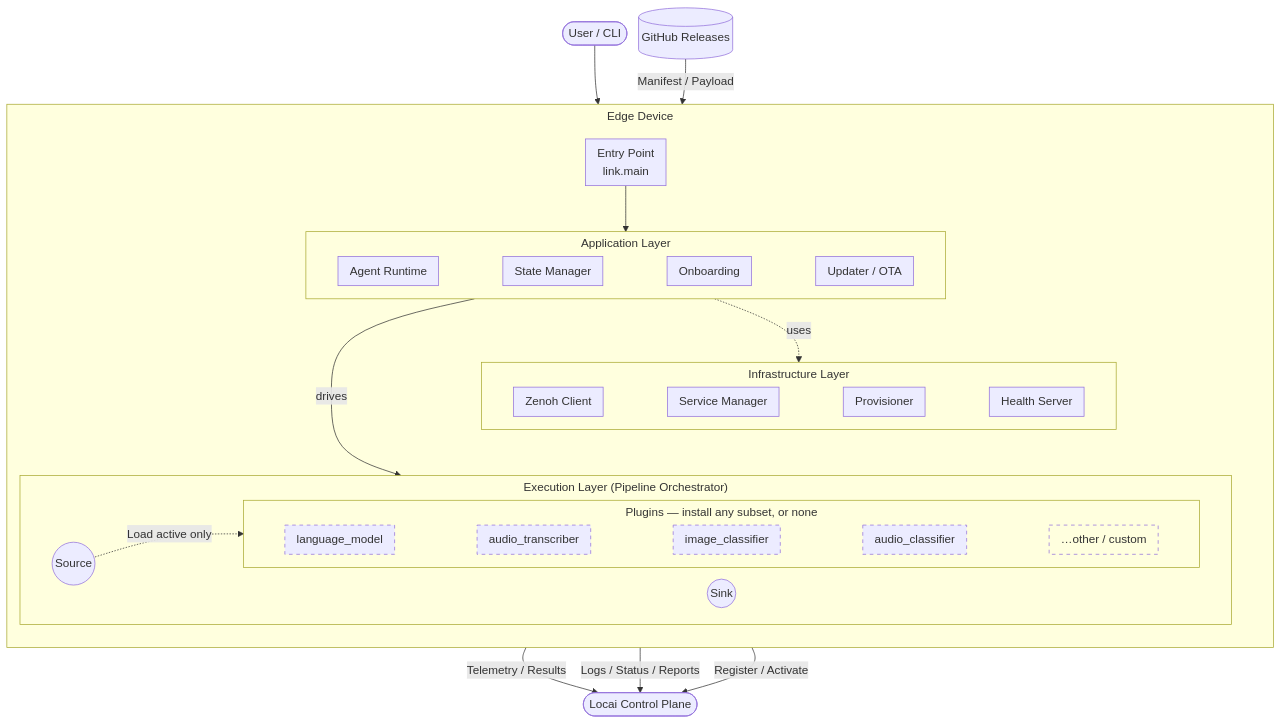
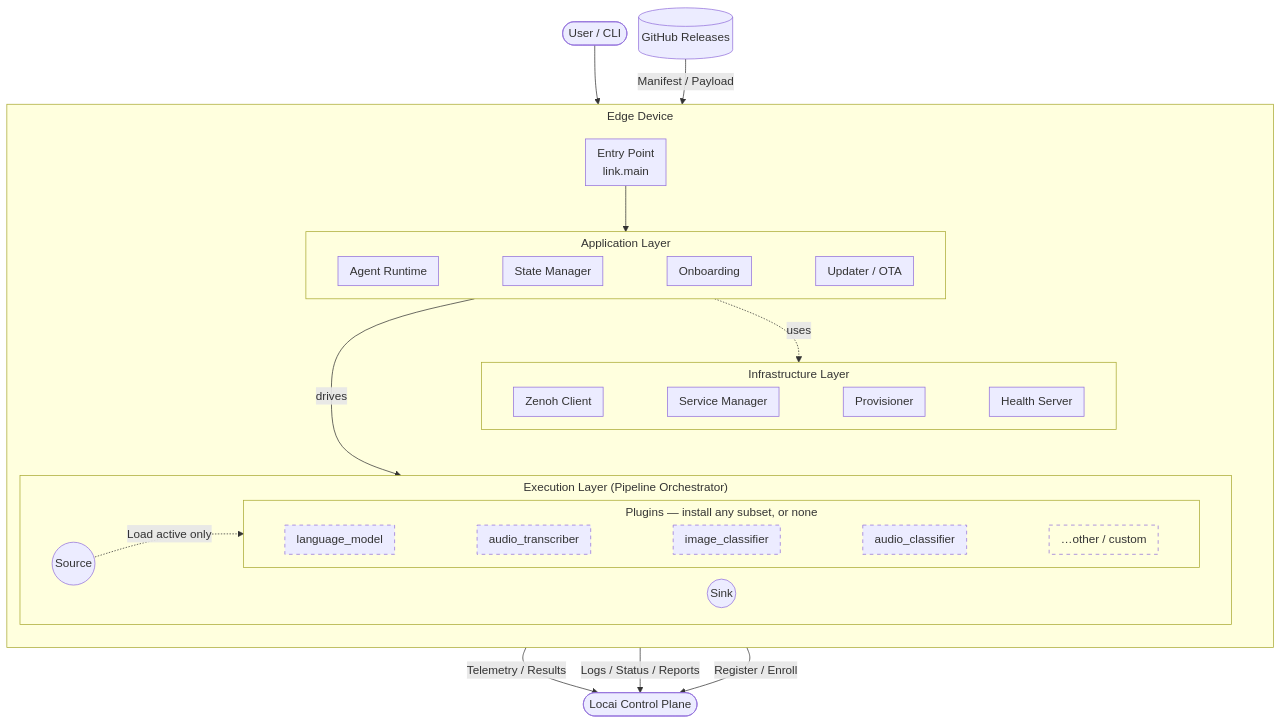
The diagram in README.md (locai-co-uk/locai-link), drawn with Mermaid before and after one commit. The commit also changed other lines of this file and 22 other files, not shown here.

````diff
--- a/README.md
+++ b/README.md
@@ -151,63 +148,63 @@
 ```mermaid
 %%{init: {"flowchart": {"rankSpacing": 38, "nodeSpacing": 16, "padding": 8, "subGraphTitleMargin": {"top": 4, "bottom": 12}}}}%%
 flowchart TB
     %% Layers are stacked top-to-bottom; each layer's nodes are chained with
     %% invisible links (~~~) so they sit in one row. That only holds if no node
     %% inside a layer crosses the layer boundary, so the upstream arrows run
     %% from the layer containers, not individual nodes.
     User([User / CLI])
 
     subgraph Device["Edge Device"]
         direction TB
 
         Entry[Entry Point<br/>link.main]
 
         subgraph App["Application Layer"]
             direction LR
             Runtime[Agent Runtime] ~~~ State[State Manager] ~~~ Onboard[Onboarding] ~~~ Updater[Updater / OTA]
         end
 
         subgraph Infra["Infrastructure Layer"]
             direction LR
             Zenoh[Zenoh Client] ~~~ Service[Service Manager] ~~~ Provision[Provisioner] ~~~ Health[Health Server]
         end
 
         subgraph Exec["Execution Layer (Pipeline Orchestrator)"]
             direction LR
             Source((Source)) ~~~ Sink((Sink))
             subgraph Plugins["Plugins — install any subset, or none"]
                 direction LR
                 LM[language_model] ~~~ AT[audio_transcriber] ~~~ IC[image_classifier] ~~~ AC[audio_classifier] ~~~ More[…other / custom]
             end
         end
     end
 
     Cloud([Locai Control Plane])
     Releases[(GitHub Releases)]
 
     %% --- Flows ---
     User --> Entry
     Entry --> App
     App -.->|uses| Infra
     App -->|drives| Exec
     Infra ~~~ Exec
     Source -.->|Load active only| Plugins
 
     %% Upstream to the control plane (over Zenoh), at layer granularity:
     %%  • Execution (pipeline sinks): telemetry + inference results (data plane)
     %%  • Application (LinkReporter): logs, status, model state, deployment progress
-    %%  • Application (Onboarding): device registration / activation (HTTP)
+    %%  • Application (Onboarding): device registration / enrollment (HTTP)
     Exec -->|Telemetry / Results| Cloud
     App -->|Logs / Status / Reports| Cloud
-    App -->|Register / Activate| Cloud
+    App -->|Register / Enroll| Cloud
 
     %% OTA bundles are pulled from GitHub Releases (not the control plane).
     Releases -->|Manifest / Payload| App
 
     %% --- Optionality styling: dashed borders signal "any subset" ---
     style LM stroke-dasharray:5 5
     style AT stroke-dasharray:5 5
     style IC stroke-dasharray:5 5
     style AC stroke-dasharray:5 5
     style More stroke-dasharray:5 5,fill:none
 ```
````
